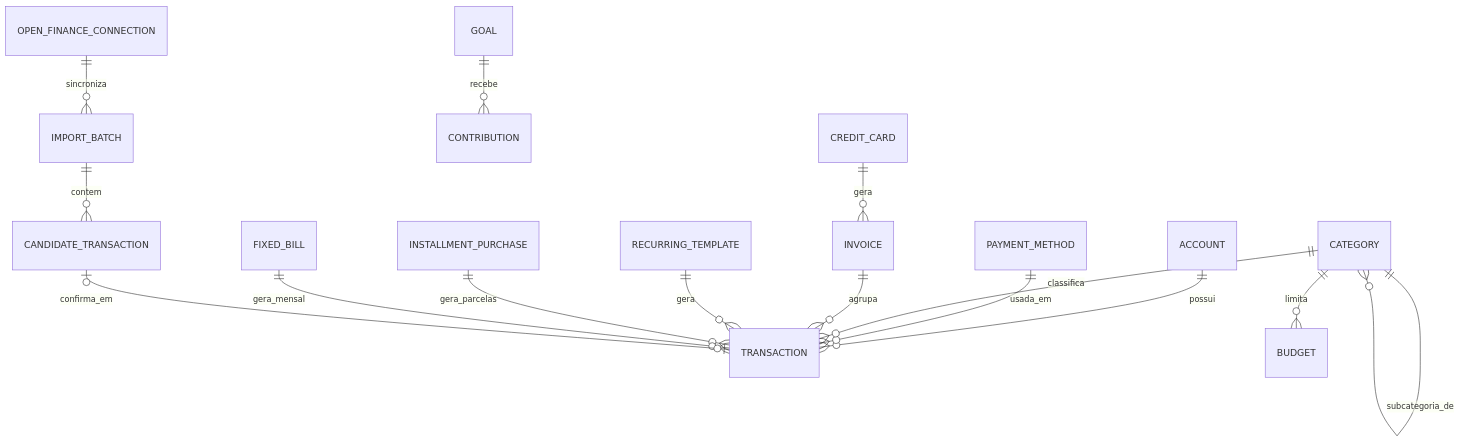
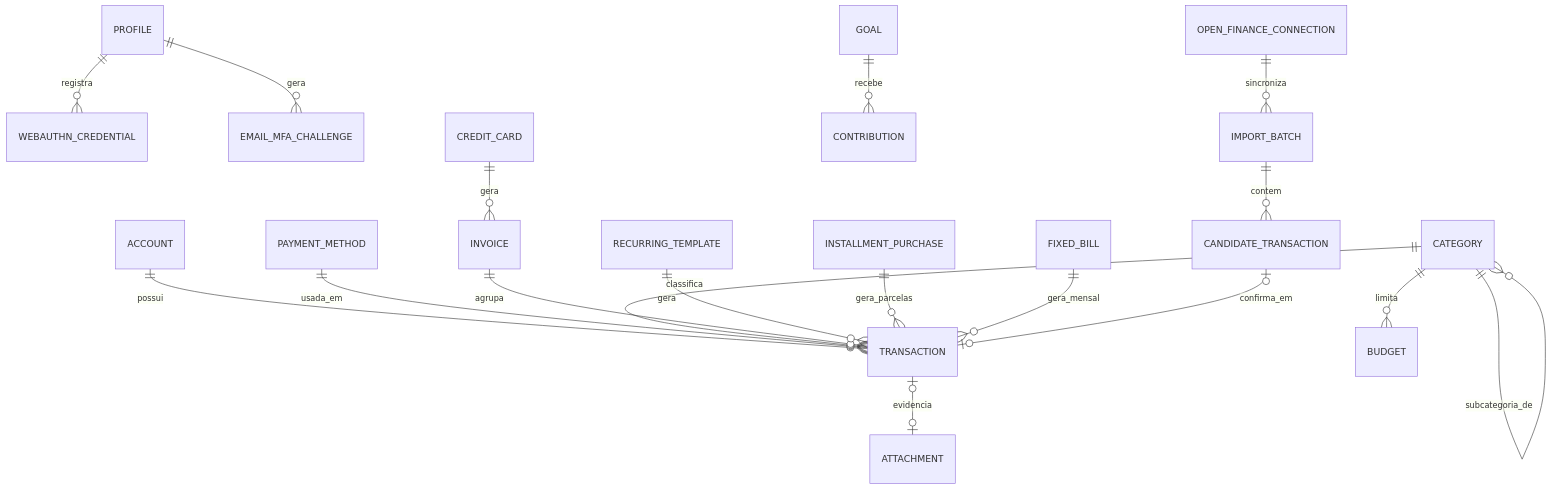
The third of 3 diagrams in .md/SDD.md (leandrosegheto17/MyMoney), drawn with Mermaid before and after one commit. The commit also changed other lines of this file and 215 other files, not shown here.

````diff
--- a/.md/SDD.md
+++ b/.md/SDD.md
@@ -285,17 +377,20 @@
 ```mermaid
 erDiagram
+    PROFILE ||--o{ WEBAUTHN_CREDENTIAL : registra
+    PROFILE ||--o{ EMAIL_MFA_CHALLENGE : gera
     ACCOUNT ||--o{ TRANSACTION : possui
     PAYMENT_METHOD ||--o{ TRANSACTION : usada_em
     CATEGORY ||--o{ CATEGORY : subcategoria_de
     CATEGORY ||--o{ TRANSACTION : classifica
     CATEGORY ||--o{ BUDGET : limita
     CREDIT_CARD ||--o{ INVOICE : gera
     INVOICE ||--o{ TRANSACTION : agrupa
     RECURRING_TEMPLATE ||--o{ TRANSACTION : gera
     INSTALLMENT_PURCHASE ||--o{ TRANSACTION : gera_parcelas
     FIXED_BILL ||--o{ TRANSACTION : gera_mensal
     GOAL ||--o{ CONTRIBUTION : recebe
     IMPORT_BATCH ||--o{ CANDIDATE_TRANSACTION : contem
     CANDIDATE_TRANSACTION |o--o| TRANSACTION : confirma_em
     OPEN_FINANCE_CONNECTION ||--o{ IMPORT_BATCH : sincroniza
+    TRANSACTION |o--o| ATTACHMENT : evidencia
 ```
````
